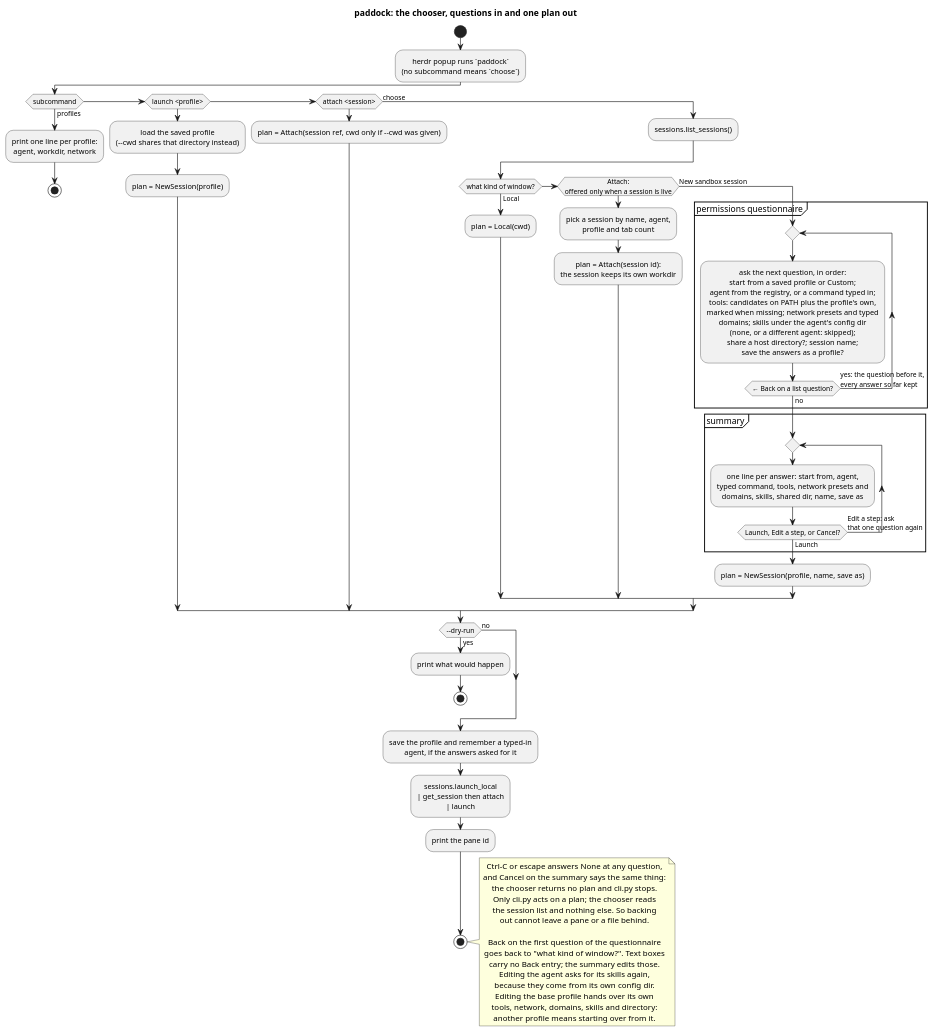
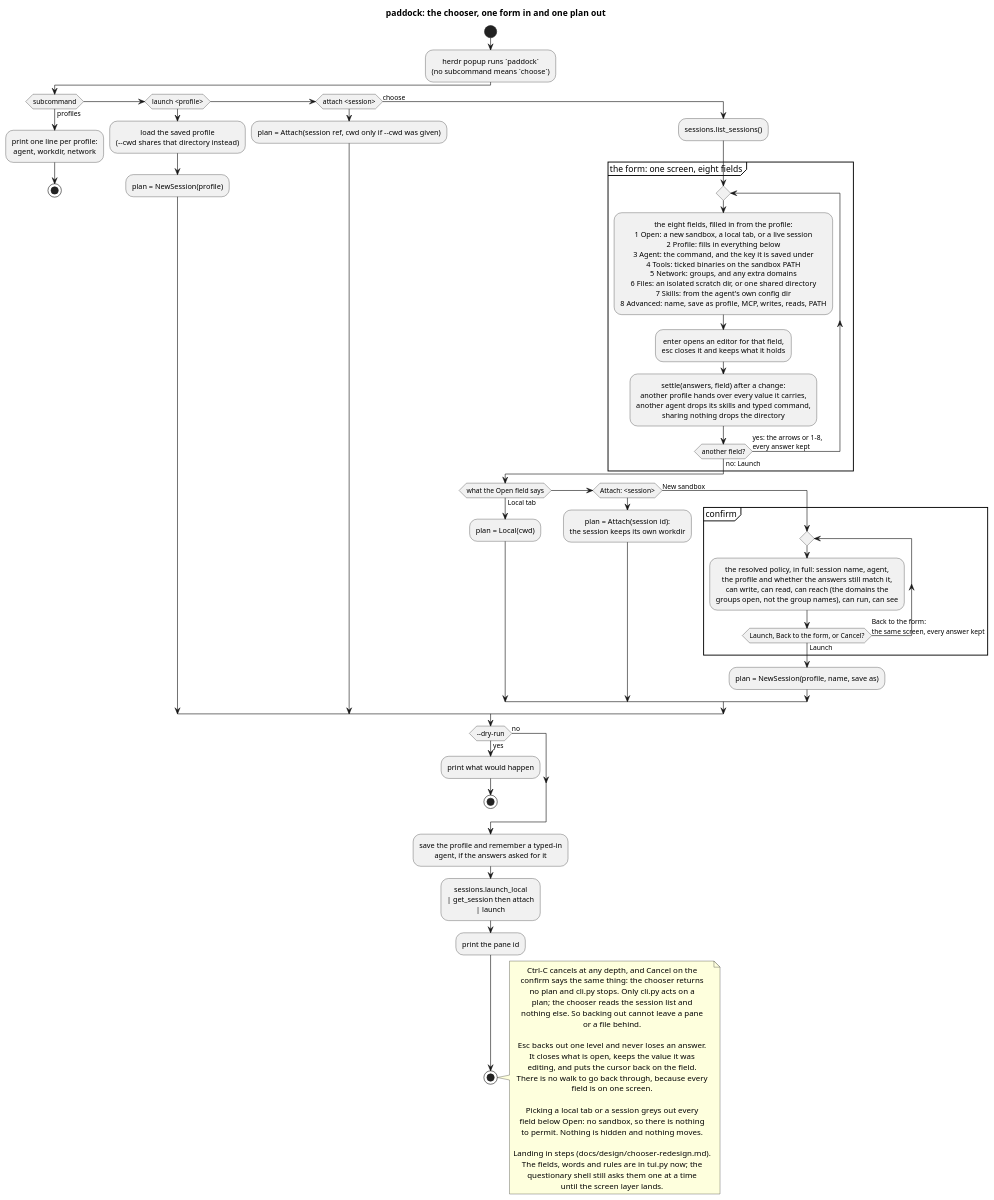
Before and after one commit to paddock-sh/paddock: the diagram in docs/diagrams/chooser_flow.puml, drawn with PlantUML. The commit also changed 2 other files, not shown here.

Commit message:
feat: the chooser's fields, labels and rules
The first step of the chooser redesign: the eight fields of the form, the
plain English words for each of them, and the rules that keep the answers
consistent when one field changes. Pure functions only, no screen yet.

open_choices puts a new sandbox, a local tab and every live session on one
list. settle replaces the walk's dependent-clearing. form_rows and
form_title say what the answers mean, and confirm_lines resolves the policy
into domains, paths and a login.

```diff
--- a/docs/diagrams/chooser_flow.puml
+++ b/docs/diagrams/chooser_flow.puml
@@ -1,69 +1,76 @@
 @startuml chooser_flow
-title paddock: the chooser, questions in and one plan out
+title paddock: the chooser, one form in and one plan out
 
 skinparam shadowing false
 skinparam defaultTextAlignment center
 
 start
 :herdr popup runs `paddock`\n(no subcommand means `choose`);
 
 if (subcommand) then (profiles)
   :print one line per profile:\nagent, workdir, network;
   stop
 elseif (launch <profile>) then
   :load the saved profile\n(--cwd shares that directory instead);
   :plan = NewSession(profile);
 elseif (attach <session>) then
   :plan = Attach(session ref, cwd only if --cwd was given);
 else (choose)
   :sessions.list_sessions();
-  if (what kind of window?) then (Local)
+  partition "the form: one screen, eight fields" {
+    repeat
+      :the eight fields, filled in from the profile:\n1 Open: a new sandbox, a local tab, or a live session\n2 Profile: fills in everything below\n3 Agent: the command, and the key it is saved under\n4 Tools: ticked binaries on the sandbox PATH\n5 Network: groups, and any extra domains\n6 Files: an isolated scratch dir, or one shared directory\n7 Skills: from the agent's own config dir\n8 Advanced: name, save as profile, MCP, writes, reads, PATH;
+      :enter opens an editor for that field,\nesc closes it and keeps what it holds;
+      :settle(answers, field) after a change:\nanother profile hands over every value it carries,\nanother agent drops its skills and typed command,\nsharing nothing drops the directory;
+    repeat while (another field?) is (yes: the arrows or 1-8,\nevery answer kept) not (no: Launch)
+  }
+  if (what the Open field says) then (Local tab)
     :plan = Local(cwd);
-  elseif (Attach:\noffered only when a session is live) then
-    :pick a session by name, agent,\nprofile and tab count;
+  elseif (Attach: <session>) then
     :plan = Attach(session id):\nthe session keeps its own workdir;
-  else (New sandbox session)
-    partition "permissions questionnaire" {
+  else (New sandbox)
+    partition "confirm" {
       repeat
-        :ask the next question, in order:\nstart from a saved profile or Custom;\nagent from the registry, or a command typed in;\ntools: candidates on PATH plus the profile's own,\nmarked when missing; network presets and typed\ndomains; skills under the agent's config dir\n(none, or a different agent: skipped);\nshare a host directory?; session name;\nsave the answers as a profile?;
-      repeat while (← Back on a list question?) is (yes: the question before it,\nevery answer so far kept) not (no)
-    }
-    partition "summary" {
-      repeat
-        :one line per answer: start from, agent,\ntyped command, tools, network presets and\ndomains, skills, shared dir, name, save as;
-      repeat while (Launch, Edit a step, or Cancel?) is (Edit a step: ask\nthat one question again) not (Launch)
+        :the resolved policy, in full: session name, agent,\nthe profile and whether the answers still match it,\ncan write, can read, can reach (the domains the\ngroups open, not the group names), can run, can see;
+      repeat while (Launch, Back to the form, or Cancel?) is (Back to the form:\nthe same screen, every answer kept) not (Launch)
     }
     :plan = NewSession(profile, name, save as);
   endif
 endif
 
 if (--dry-run) then (yes)
   :print what would happen;
   stop
 else (no)
 endif
 
 :save the profile and remember a typed-in\nagent, if the answers asked for it;
 :sessions.launch_local\n| get_session then attach\n| launch;
 :print the pane id;
 stop
 
 note right
-  Ctrl-C or escape answers None at any question,
-  and Cancel on the summary says the same thing:
-  the chooser returns no plan and cli.py stops.
-  Only cli.py acts on a plan; the chooser reads
-  the session list and nothing else. So backing
-  out cannot leave a pane or a file behind.
+  Ctrl-C cancels at any depth, and Cancel on the
+  confirm says the same thing: the chooser returns
+  no plan and cli.py stops. Only cli.py acts on a
+  plan; the chooser reads the session list and
+  nothing else. So backing out cannot leave a pane
+  or a file behind.
 
-  Back on the first question of the questionnaire
-  goes back to "what kind of window?". Text boxes
-  carry no Back entry; the summary edits those.
-  Editing the agent asks for its skills again,
-  because they come from its own config dir.
-  Editing the base profile hands over its own
-  tools, network, domains, skills and directory:
-  another profile means starting over from it.
+  Esc backs out one level and never loses an answer.
+  It closes what is open, keeps the value it was
+  editing, and puts the cursor back on the field.
+  There is no walk to go back through, because every
+  field is on one screen.
+
+  Picking a local tab or a session greys out every
+  field below Open: no sandbox, so there is nothing
+  to permit. Nothing is hidden and nothing moves.
+
+  Landing in steps (docs/design/chooser-redesign.md).
+  The fields, words and rules are in tui.py now; the
+  questionary shell still asks them one at a time
+  until the screen layer lands.
 end note
 
 @enduml
```
